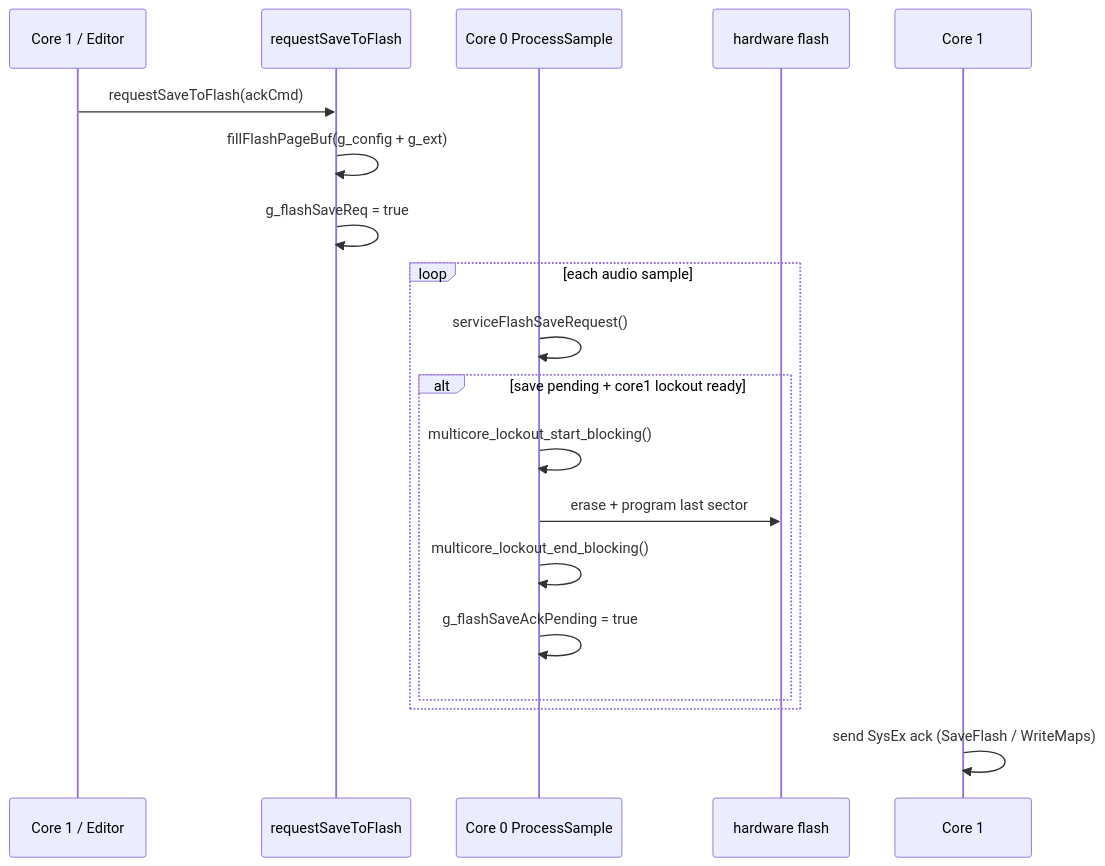
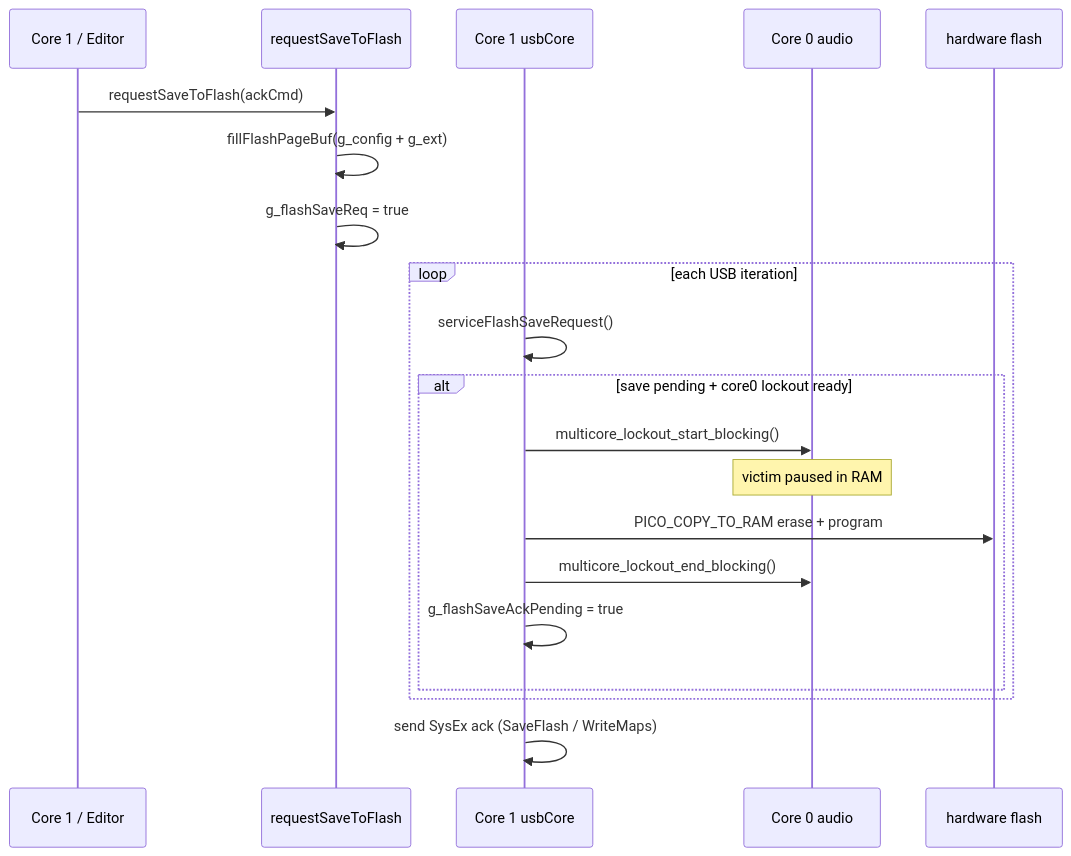
One commit to TomWhitwell/Workshop_Computer changed the ninth of 10 diagrams in releases/92_usb_midi_host_synth/docs/developer/CONTROL_FLOW.md. Above: the diagram before and after it, drawn with Mermaid. The commit also changed other lines of this file and 11 other files, not shown here.

````diff
--- a/releases/92_usb_midi_host_synth/docs/developer/CONTROL_FLOW.md
+++ b/releases/92_usb_midi_host_synth/docs/developer/CONTROL_FLOW.md
@@ -335,23 +335,25 @@
 ```mermaid
 sequenceDiagram
     participant Editor as Core 1 / Editor
     participant Req as requestSaveToFlash
-    participant ISR as Core 0 ProcessSample
+    participant C1 as Core 1 usbCore
+    participant C0 as Core 0 audio
     participant Flash as hardware flash
 
     Editor->>Req: requestSaveToFlash(ackCmd)
     Req->>Req: fillFlashPageBuf(g_config + g_ext)
     Req->>Req: g_flashSaveReq = true
 
-    loop each audio sample
-        ISR->>ISR: serviceFlashSaveRequest()
-        alt save pending + core1 lockout ready
-            ISR->>ISR: multicore_lockout_start_blocking()
-            ISR->>Flash: erase + program last sector
-            ISR->>ISR: multicore_lockout_end_blocking()
-            ISR->>ISR: g_flashSaveAckPending = true
+    loop each USB iteration
+        C1->>C1: serviceFlashSaveRequest()
+        alt save pending + core0 lockout ready
+            C1->>C0: multicore_lockout_start_blocking()
+            Note over C0: victim paused in RAM
+            C1->>Flash: PICO_COPY_TO_RAM erase + program
+            C1->>C0: multicore_lockout_end_blocking()
+            C1->>C1: g_flashSaveAckPending = true
         end
     end
 
-    Core 1->>Core 1: send SysEx ack (SaveFlash / WriteMaps)
+    C1->>C1: send SysEx ack (SaveFlash / WriteMaps)
 ```
````
